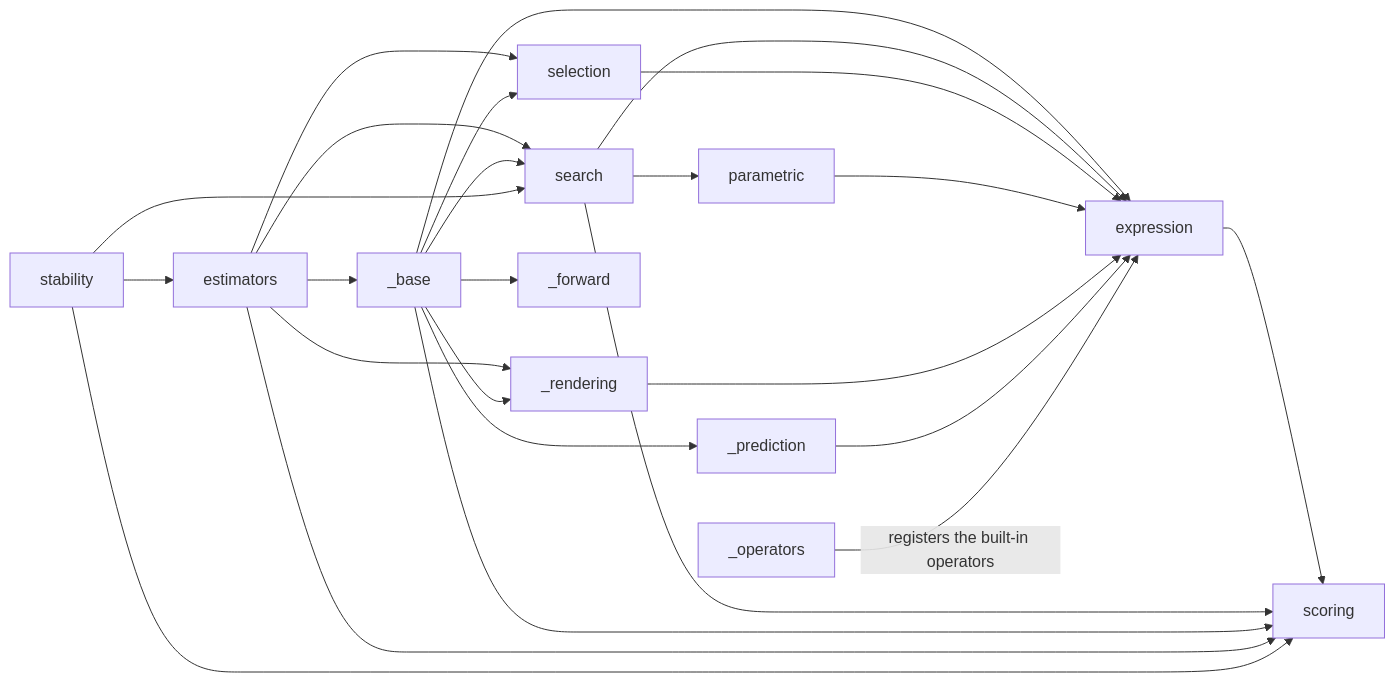
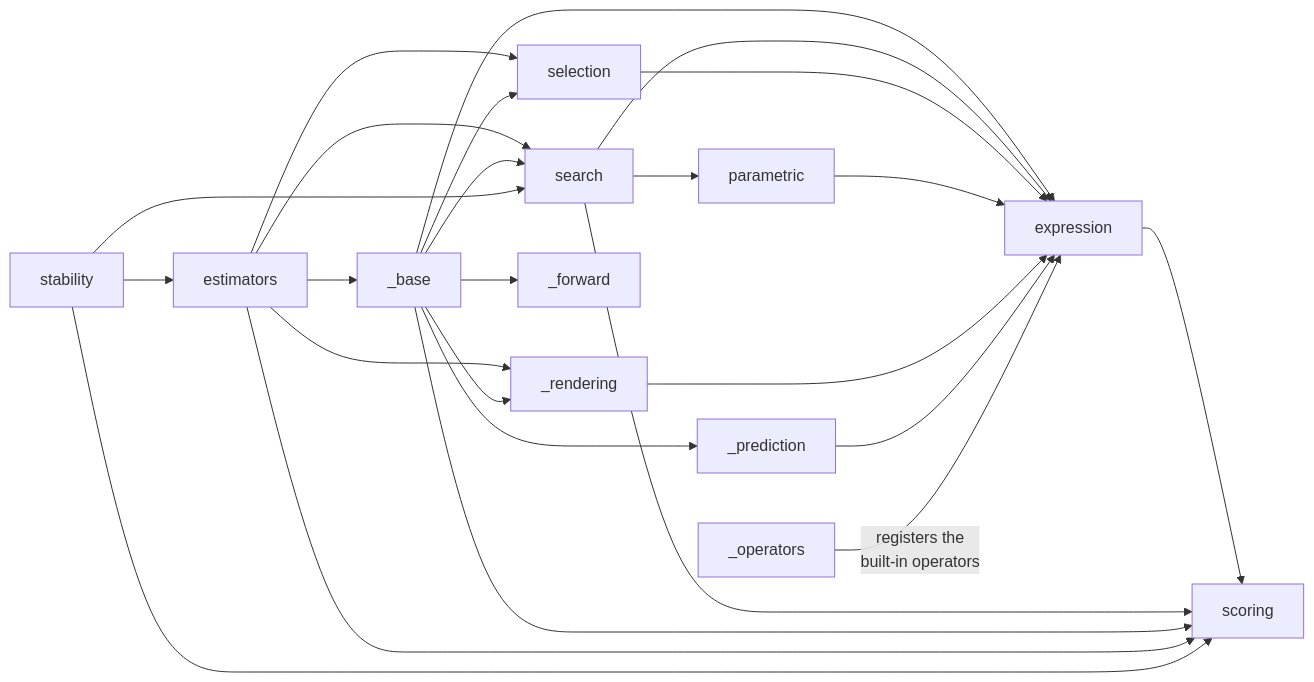
One commit to LD-Shell/beamfeat changed the third of 3 diagrams in ARCHITECTURE.md. Above: the diagram before and after it, drawn with Mermaid. The commit also changed other lines of this file, not shown here.

Commit message:
ARCHITECTURE.md: diagram labels fit their boxes on GitHub

````diff
--- a/ARCHITECTURE.md
+++ b/ARCHITECTURE.md
@@ -87,27 +97,32 @@
 ```mermaid
+---
+config:
+  flowchart:
+    wrappingWidth: 600
+---
 flowchart LR
     estimators --> _base
     estimators --> _rendering
     estimators --> search
     estimators --> selection
     stability --> estimators
     _base --> search
     _base --> selection
     _base --> _forward
     _base --> _prediction
     _base --> _rendering
     _base --> expression
     search --> parametric
     search --> expression
     selection --> expression
     parametric --> expression
     _rendering --> expression
     _prediction --> expression
-    _operators -->|"registers the built-in operators"| expression
+    _operators -->|"registers the<br/>built-in operators"| expression
     expression --> scoring
     search --> scoring
     _base --> scoring
     estimators --> scoring
     stability --> scoring
     stability --> search
 ```
````
